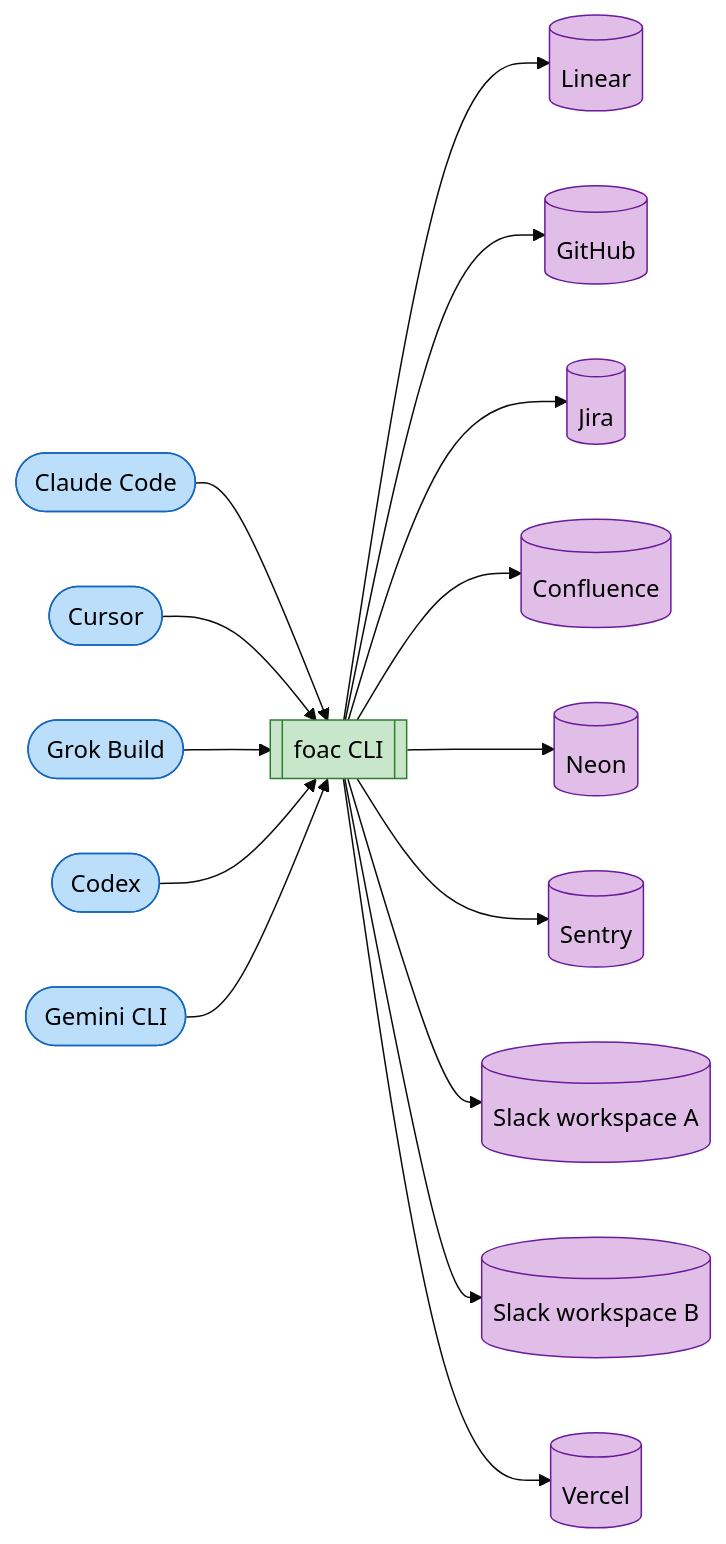
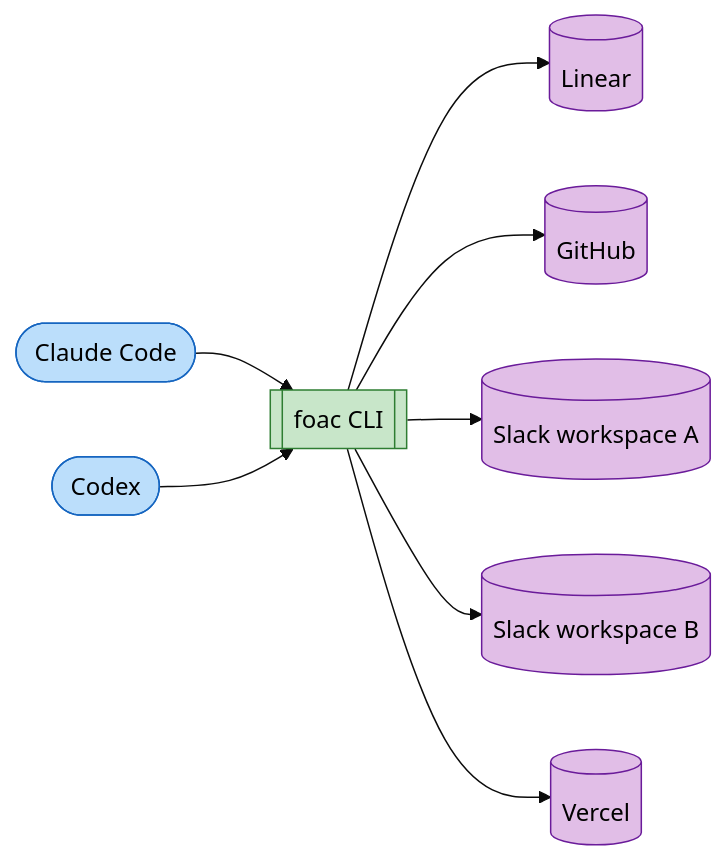
Before and after one commit to alephic-ai/foac: the second of 2 diagrams in README.md, drawn with Mermaid (base theme). The commit also changed other lines of this file, not shown here.

Commit message:
docs: trim the README diagrams to two harnesses and five providers

````diff
--- a/README.md
+++ b/README.md
@@ -54,15 +48,12 @@
 ```mermaid
 graph LR
     CC([Claude Code]) --> F
-    CU([Cursor]) --> F
-    GRK([Grok Build]) --> F
-    CX([Codex]) --> F
-    GEM([Gemini CLI]) --> F[[foac CLI]]
-    F --> Linear[(Linear)] & GitHub[(GitHub)] & Jira[(Jira)] & Confluence[(Confluence)] & Neon[(Neon)] & Sentry[(Sentry)] & SlackA[(Slack workspace A)] & SlackB[(Slack workspace B)] & Vercel[(Vercel)]
+    CX([Codex]) --> F[[foac CLI]]
+    F --> Linear[(Linear)] & GitHub[(GitHub)] & SlackA[(Slack workspace A)] & SlackB[(Slack workspace B)] & Vercel[(Vercel)]
     classDef harness fill:#bbdefb,stroke:#1565c0,color:#000
     classDef cli fill:#c8e6c9,stroke:#2e7d32,color:#000
     classDef provider fill:#e1bee7,stroke:#6a1b9a,color:#000
-    class CC,CU,GRK,CX,GEM harness
+    class CC,CX harness
     class F cli
-    class Linear,GitHub,Jira,Confluence,Neon,Sentry,SlackA,SlackB,Vercel provider
+    class Linear,GitHub,SlackA,SlackB,Vercel provider
 ```
````
